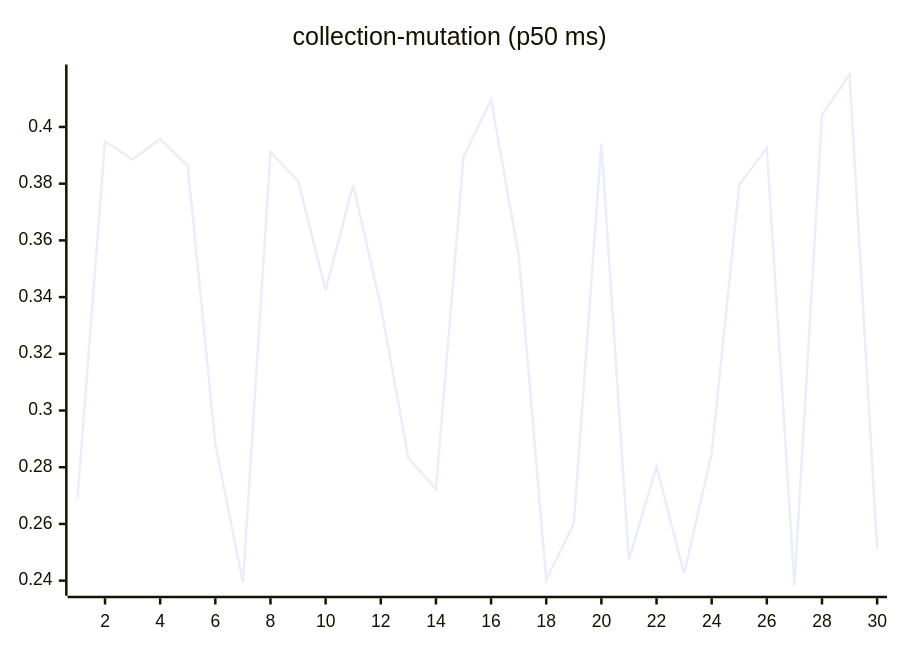
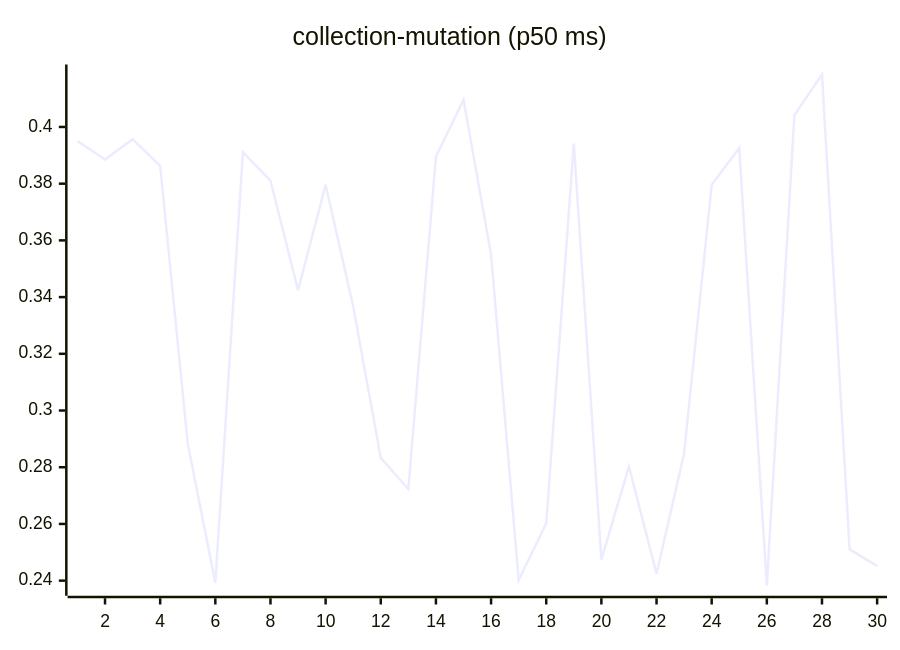
The sixth of 27 diagrams in README.md (josha/Facet), drawn with Mermaid before and after one commit. The commit also changed other lines of this file and 2 other files, not shown here.

````diff
--- a/README.md
+++ b/README.md
@@ -98,6 +98,6 @@
 ```mermaid
 xychart-beta
     title "collection-mutation (p50 ms)"
     x-axis 1 --> 30
-    line [0.2690, 0.3950, 0.3885, 0.3957, 0.3863, 0.2883, 0.2393, 0.3911, 0.3811, 0.3424, 0.3796, 0.3367, 0.2833, 0.2723, 0.3895, 0.4096, 0.3550, 0.2402, 0.2602, 0.3941, 0.2474, 0.2803, 0.2424, 0.2848, 0.3796, 0.3926, 0.2382, 0.4042, 0.4185, 0.2511]
+    line [0.3950, 0.3885, 0.3957, 0.3863, 0.2883, 0.2393, 0.3911, 0.3811, 0.3424, 0.3796, 0.3367, 0.2833, 0.2723, 0.3895, 0.4096, 0.3550, 0.2402, 0.2602, 0.3941, 0.2474, 0.2803, 0.2424, 0.2848, 0.3796, 0.3926, 0.2382, 0.4042, 0.4185, 0.2511, 0.2451]
 ```
````
